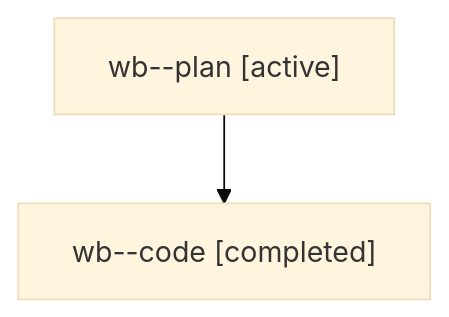
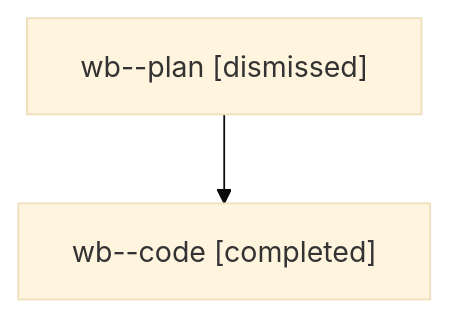
One commit to sase-org/sase--agents changed the diagram in sessions/bbugyi200.athena.wb.md. Above: the diagram before and after it, drawn with Mermaid (base theme). The commit also changed other lines of this file and 24 other files, not shown here.

````diff
--- a/sessions/bbugyi200.athena.wb.md
+++ b/sessions/bbugyi200.athena.wb.md
@@ -9,6 +9,6 @@
 ```mermaid
 flowchart TD
-  n0["wb--plan [active]"]
+  n0["wb--plan [dismissed]"]
   n1["wb--code [completed]"]
   n0 --> n1
 ```
````
